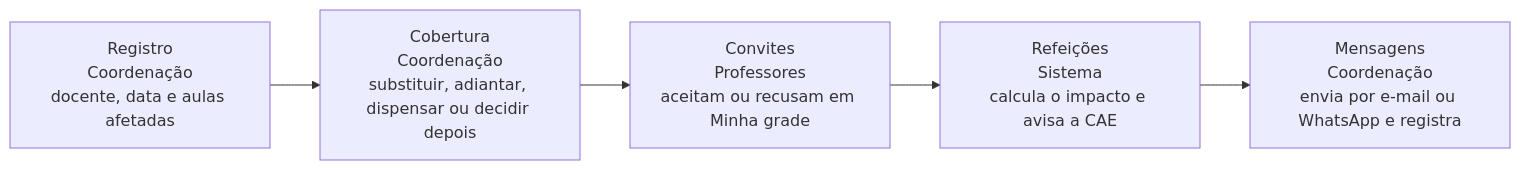
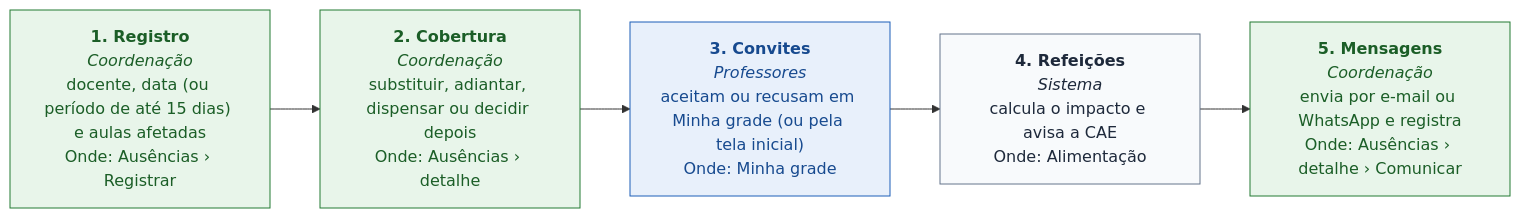
One commit to cctrc-bvg/sgc-redes-bvg changed the fourth of 14 diagrams in docs/MANUAL_DO_USUARIO.md. Above: the diagram before and after it, drawn with Mermaid. The commit also changed other lines of this file and 109 other files, not shown here.

````diff
--- a/docs/MANUAL_DO_USUARIO.md
+++ b/docs/MANUAL_DO_USUARIO.md
@@ -262,12 +306,17 @@
 ```mermaid
 flowchart LR
-  E0["Registro<br/>Coordenação<br/>docente, data e aulas afetadas"]
-  E1["Cobertura<br/>Coordenação<br/>substituir, adiantar, dispensar ou decidir depois"]
+  classDef gestao fill:#e8f5ea,stroke:#237a32,color:#1b5e27
+  classDef docencia fill:#e8f0fb,stroke:#1d5fb8,color:#174a8f
+  classDef setor fill:#fffbeb,stroke:#d97706,color:#78350f
+  classDef sistema fill:#f8fafc,stroke:#64748b,color:#1e293b
+  classDef todos fill:#ffffff,stroke:#64748b,color:#1e293b
+  E0["<b>1. Registro</b><br/><i>Coordenação</i><br/>docente, data (ou período de até 15 dias) e aulas afetadas<br/>Onde: Ausências › Registrar"]:::gestao
+  E1["<b>2. Cobertura</b><br/><i>Coordenação</i><br/>substituir, adiantar, dispensar ou decidir depois<br/>Onde: Ausências › detalhe"]:::gestao
   E0 --> E1
-  E2["Convites<br/>Professores<br/>aceitam ou recusam em Minha grade"]
+  E2["<b>3. Convites</b><br/><i>Professores</i><br/>aceitam ou recusam em Minha grade (ou pela tela inicial)<br/>Onde: Minha grade"]:::docencia
   E1 --> E2
-  E3["Refeições<br/>Sistema<br/>calcula o impacto e avisa a CAE"]
+  E3["<b>4. Refeições</b><br/><i>Sistema</i><br/>calcula o impacto e avisa a CAE<br/>Onde: Alimentação"]:::sistema
   E2 --> E3
-  E4["Mensagens<br/>Coordenação<br/>envia por e-mail ou WhatsApp e registra"]
+  E4["<b>5. Mensagens</b><br/><i>Coordenação</i><br/>envia por e-mail ou WhatsApp e registra<br/>Onde: Ausências › detalhe › Comunicar"]:::gestao
   E3 --> E4
 ```
````
